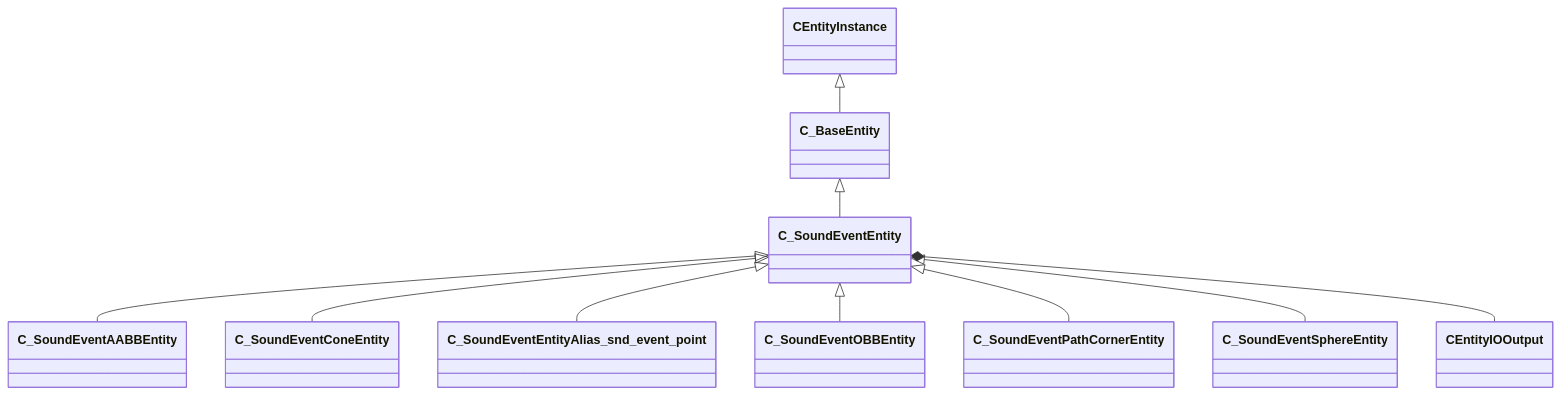
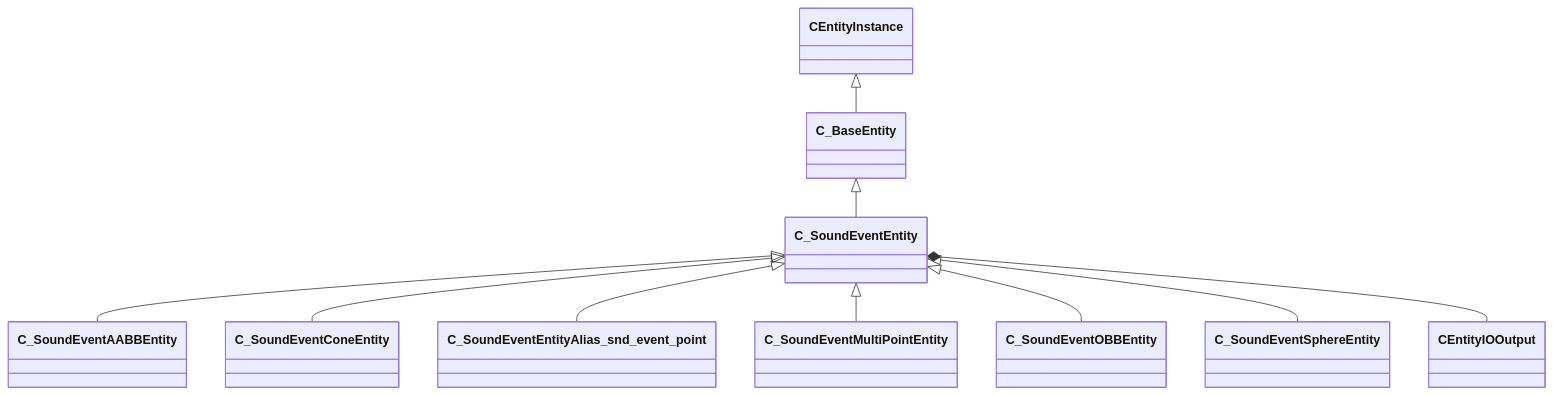
One commit to CS2OpenDev/CS2OpenDev-Docs changed the diagram in docs/generated/schemas/client/C_SoundEventEntity.md. Above: the diagram before and after it, drawn with Mermaid. The commit also changed other lines of this file and 4654 other files, not shown here.

Commit message:
docs: regenerate for SchemaTracker build 25947352 [skip ci]

````diff
--- a/docs/generated/schemas/client/C_SoundEventEntity.md
+++ b/docs/generated/schemas/client/C_SoundEventEntity.md
@@ -21,12 +21,12 @@
 ```mermaid
 classDiagram
     C_BaseEntity <|-- C_SoundEventEntity
     CEntityInstance <|-- C_BaseEntity
     C_SoundEventEntity <|-- C_SoundEventAABBEntity
     C_SoundEventEntity <|-- C_SoundEventConeEntity
     C_SoundEventEntity <|-- C_SoundEventEntityAlias_snd_event_point
+    C_SoundEventEntity <|-- C_SoundEventMultiPointEntity
     C_SoundEventEntity <|-- C_SoundEventOBBEntity
-    C_SoundEventEntity <|-- C_SoundEventPathCornerEntity
     C_SoundEventEntity <|-- C_SoundEventSphereEntity
     C_SoundEventEntity *-- CEntityIOOutput
 ```
````
